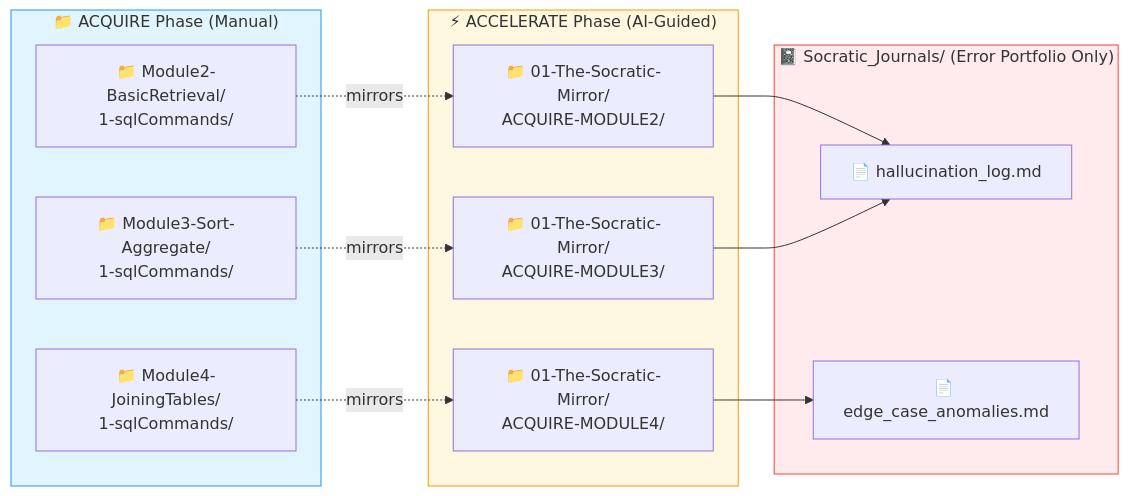
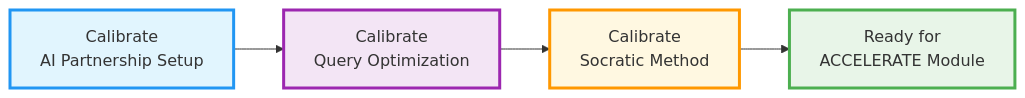
The second of 3 diagrams in mytemp1.md (uma1999/umacourses), drawn with Mermaid before and after one commit. The commit also changed other lines of this file, not shown here.

````diff
--- a/mytemp1.md
+++ b/mytemp1.md
@@ -155,31 +138,12 @@
 ```mermaid
 flowchart LR
-    subgraph ACQUIRE["📁 ACQUIRE Phase (Manual)"]
-        A1["📁 Module2-BasicRetrieval/<br/>1-sqlCommands/"]
-        A2["📁 Module3-Sort-Aggregate/<br/>1-sqlCommands/"]
-        A3["📁 Module4-JoiningTables/<br/>1-sqlCommands/"]
-    end
-
-    subgraph ACCELERATE["⚡ ACCELERATE Phase (AI‑Guided)"]
-        B1["📁 01-The-Socratic-Mirror/<br/>ACQUIRE-MODULE2/"]
-        B2["📁 01-The-Socratic-Mirror/<br/>ACQUIRE-MODULE3/"]
-        B3["📁 01-The-Socratic-Mirror/<br/>ACQUIRE-MODULE4/"]
-    end
-
-    subgraph JOURNALS["📓 Socratic_Journals/ (Error Portfolio Only)"]
-        J1["📄 hallucination_log.md"]
-        J2["📄 edge_case_anomalies.md"]
-    end
-
-    A1 -.->|mirrors| B1
-    A2 -.->|mirrors| B2
-    A3 -.->|mirrors| B3
+    A["Calibrate<br/>AI Partnership Setup"] --> 
+    B["Calibrate<br/>Query Optimization"] --> 
+    C["Calibrate<br/>Socratic Method"] --> 
+    D["Ready for<br/>ACCELERATE Module"]
     
-    B1 --> J1
-    B2 --> J1
-    B3 --> J2
-
-    style ACQUIRE fill:#e1f5fe,stroke:#2196f3
-    style ACCELERATE fill:#fff8e1,stroke:#ff9800
-    style JOURNALS fill:#ffebee,stroke:#f44336
+    style A fill:#e1f5fe,stroke:#2196f3,stroke-width:3px
+    style B fill:#f3e5f5,stroke:#9c27b0,stroke-width:3px
+    style C fill:#fff8e1,stroke:#ff9800,stroke-width:3px
+    style D fill:#e8f5e8,stroke:#4caf50,stroke-width:3px
 ```
````
